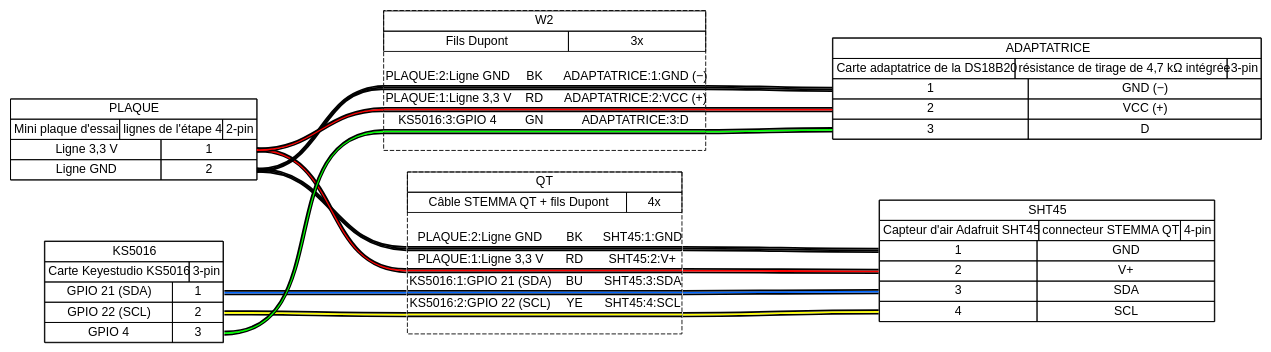
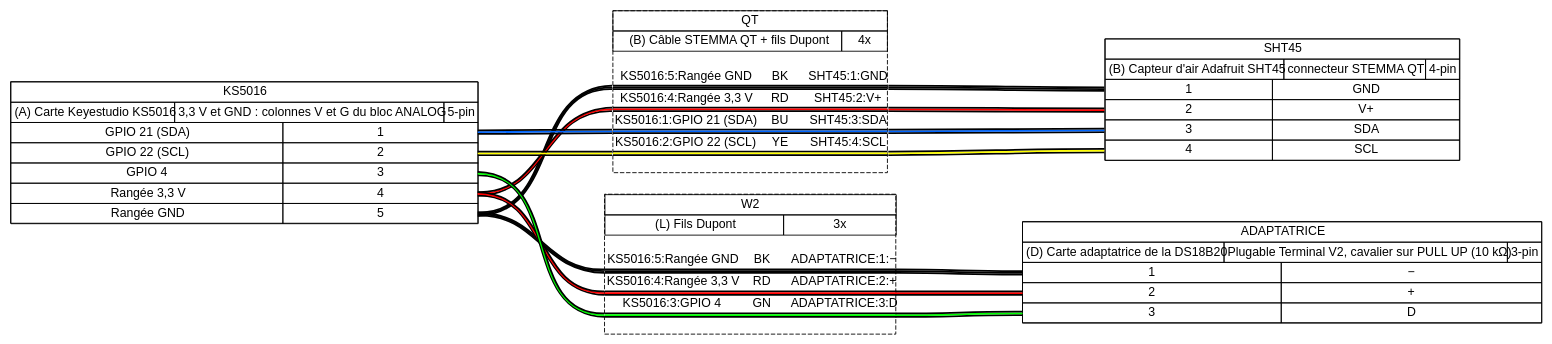
The diagram in docs/notice/phase-1/capteurs.gv (sskorupski/ssk-terrarium), drawn with Graphviz before and after one commit. The commit also changed 32 other files, not shown here.

```diff
--- a/docs/notice/phase-1/capteurs.gv
+++ b/docs/notice/phase-1/capteurs.gv
@@ -4,29 +4,41 @@
 	graph [bgcolor="#FFFFFF" fontname=arial nodesep=0.33 rankdir=LR ranksep=2]
 	node [fillcolor="#FFFFFF" fontname=arial height=0 margin=0 shape=none style=filled width=0]
 	edge [fontname=arial style=bold]
-	PLAQUE [label=<
+	KS5016 [label=<
 <table border="0" cellspacing="0" cellpadding="0">
  <tr><td>
   <table border="0" cellspacing="0" cellpadding="3" cellborder="1"><tr>
-   <td balign="left">PLAQUE</td>
+   <td balign="left">KS5016</td>
   </tr></table>
  </td></tr>
  <tr><td>
   <table border="0" cellspacing="0" cellpadding="3" cellborder="1"><tr>
-   <td balign="left">Mini plaque d'essai</td>
-   <td balign="left">lignes de l'étape 4</td>
-   <td balign="left">2-pin</td>
+   <td balign="left">(A) Carte Keyestudio KS5016</td>
+   <td balign="left">3,3 V et GND : colonnes V et G du bloc ANALOG</td>
+   <td balign="left">5-pin</td>
   </tr></table>
  </td></tr>
  <tr><td>
   <table border="0" cellspacing="0" cellpadding="3" cellborder="1">
    <tr>
-    <td>Ligne 3,3 V</td>
+    <td>GPIO 21 (SDA)</td>
     <td port="p1r">1</td>
    </tr>
    <tr>
-    <td>Ligne GND</td>
+    <td>GPIO 22 (SCL)</td>
     <td port="p2r">2</td>
+   </tr>
+   <tr>
+    <td>GPIO 4</td>
+    <td port="p3r">3</td>
+   </tr>
+   <tr>
+    <td>Rangée 3,3 V</td>
+    <td port="p4r">4</td>
+   </tr>
+   <tr>
+    <td>Rangée GND</td>
+    <td port="p5r">5</td>
    </tr>
   </table>
  </td></tr>
@@ -41,7 +53,7 @@
  </td></tr>
  <tr><td>
   <table border="0" cellspacing="0" cellpadding="3" cellborder="1"><tr>
-   <td balign="left">Capteur d'air Adafruit SHT45</td>
+   <td balign="left">(B) Capteur d'air Adafruit SHT45</td>
    <td balign="left">connecteur STEMMA QT</td>
    <td balign="left">4-pin</td>
   </tr></table>
@@ -68,37 +80,6 @@
  </td></tr>
 </table>
 > fillcolor="#FFFFFF" shape=box style=filled]
-	KS5016 [label=<
-<table border="0" cellspacing="0" cellpadding="0">
- <tr><td>
-  <table border="0" cellspacing="0" cellpadding="3" cellborder="1"><tr>
-   <td balign="left">KS5016</td>
-  </tr></table>
- </td></tr>
- <tr><td>
-  <table border="0" cellspacing="0" cellpadding="3" cellborder="1"><tr>
-   <td balign="left">Carte Keyestudio KS5016</td>
-   <td balign="left">3-pin</td>
-  </tr></table>
- </td></tr>
- <tr><td>
-  <table border="0" cellspacing="0" cellpadding="3" cellborder="1">
-   <tr>
-    <td>GPIO 21 (SDA)</td>
-    <td port="p1r">1</td>
-   </tr>
-   <tr>
-    <td>GPIO 22 (SCL)</td>
-    <td port="p2r">2</td>
-   </tr>
-   <tr>
-    <td>GPIO 4</td>
-    <td port="p3r">3</td>
-   </tr>
-  </table>
- </td></tr>
-</table>
-> fillcolor="#FFFFFF" shape=box style=filled]
 	ADAPTATRICE [label=<
 <table border="0" cellspacing="0" cellpadding="0">
  <tr><td>
@@ -108,8 +89,8 @@
  </td></tr>
  <tr><td>
   <table border="0" cellspacing="0" cellpadding="3" cellborder="1"><tr>
-   <td balign="left">Carte adaptatrice de la DS18B20</td>
-   <td balign="left">résistance de tirage de 4,7 kΩ intégrée</td>
+   <td balign="left">(D) Carte adaptatrice de la DS18B20</td>
+   <td balign="left">Plugable Terminal V2, cavalier sur PULL UP (10 kΩ)</td>
    <td balign="left">3-pin</td>
   </tr></table>
  </td></tr>
@@ -117,11 +98,11 @@
   <table border="0" cellspacing="0" cellpadding="3" cellborder="1">
    <tr>
     <td port="p1l">1</td>
-    <td>GND (−)</td>
+    <td>−</td>
    </tr>
    <tr>
     <td port="p2l">2</td>
-    <td>VCC (+)</td>
+    <td>+</td>
    </tr>
    <tr>
     <td port="p3l">3</td>
@@ -132,10 +113,10 @@
 </table>
 > fillcolor="#FFFFFF" shape=box style=filled]
 	edge [color="#000000:#000000:#000000"]
-	PLAQUE:p2r:e -- QT:w1:w
+	KS5016:p5r:e -- QT:w1:w
 	QT:w1:e -- SHT45:p1l:w
 	edge [color="#000000:#ff0000:#000000"]
-	PLAQUE:p1r:e -- QT:w2:w
+	KS5016:p4r:e -- QT:w2:w
 	QT:w2:e -- SHT45:p2l:w
 	edge [color="#000000:#0066ff:#000000"]
 	KS5016:p1r:e -- QT:w3:w
@@ -152,7 +133,7 @@
  </td></tr>
  <tr><td>
   <table border="0" cellspacing="0" cellpadding="3" cellborder="1"><tr>
-   <td balign="left">Câble STEMMA QT + fils Dupont</td>
+   <td balign="left">(B) Câble STEMMA QT + fils Dupont</td>
    <td balign="left">4x</td>
   </tr></table>
  </td></tr>
@@ -160,7 +141,7 @@
   <table border="0" cellspacing="0" cellborder="0">
    <tr><td>&nbsp;</td></tr>
    <tr>
-    <td>PLAQUE:2:Ligne GND</td>
+    <td>KS5016:5:Rangée GND</td>
     <td>
      BK
     </td>
@@ -176,7 +157,7 @@
     </td>
    </tr>
    <tr>
-    <td>PLAQUE:1:Ligne 3,3 V</td>
+    <td>KS5016:4:Rangée 3,3 V</td>
     <td>
      RD
     </td>
@@ -229,10 +210,10 @@
 </table>
 > fillcolor="#FFFFFF" shape=box style="filled,dashed"]
 	edge [color="#000000:#000000:#000000"]
-	PLAQUE:p2r:e -- W2:w1:w
+	KS5016:p5r:e -- W2:w1:w
 	W2:w1:e -- ADAPTATRICE:p1l:w
 	edge [color="#000000:#ff0000:#000000"]
-	PLAQUE:p1r:e -- W2:w2:w
+	KS5016:p4r:e -- W2:w2:w
 	W2:w2:e -- ADAPTATRICE:p2l:w
 	edge [color="#000000:#00ff00:#000000"]
 	KS5016:p3r:e -- W2:w3:w
@@ -246,7 +227,7 @@
  </td></tr>
  <tr><td>
   <table border="0" cellspacing="0" cellpadding="3" cellborder="1"><tr>
-   <td balign="left">Fils Dupont</td>
+   <td balign="left">(L) Fils Dupont</td>
    <td balign="left">3x</td>
   </tr></table>
  </td></tr>
@@ -254,11 +235,11 @@
   <table border="0" cellspacing="0" cellborder="0">
    <tr><td>&nbsp;</td></tr>
    <tr>
-    <td>PLAQUE:2:Ligne GND</td>
+    <td>KS5016:5:Rangée GND</td>
     <td>
      BK
     </td>
-    <td>ADAPTATRICE:1:GND (−)</td>
+    <td>ADAPTATRICE:1:−</td>
    </tr>
    <tr>
     <td colspan="3" border="0" cellspacing="0" cellpadding="0" port="w1" height="6">
@@ -270,11 +251,11 @@
     </td>
    </tr>
    <tr>
-    <td>PLAQUE:1:Ligne 3,3 V</td>
+    <td>KS5016:4:Rangée 3,3 V</td>
     <td>
      RD
     </td>
-    <td>ADAPTATRICE:2:VCC (+)</td>
+    <td>ADAPTATRICE:2:+</td>
    </tr>
    <tr>
     <td colspan="3" border="0" cellspacing="0" cellpadding="0" port="w2" height="6">
```
